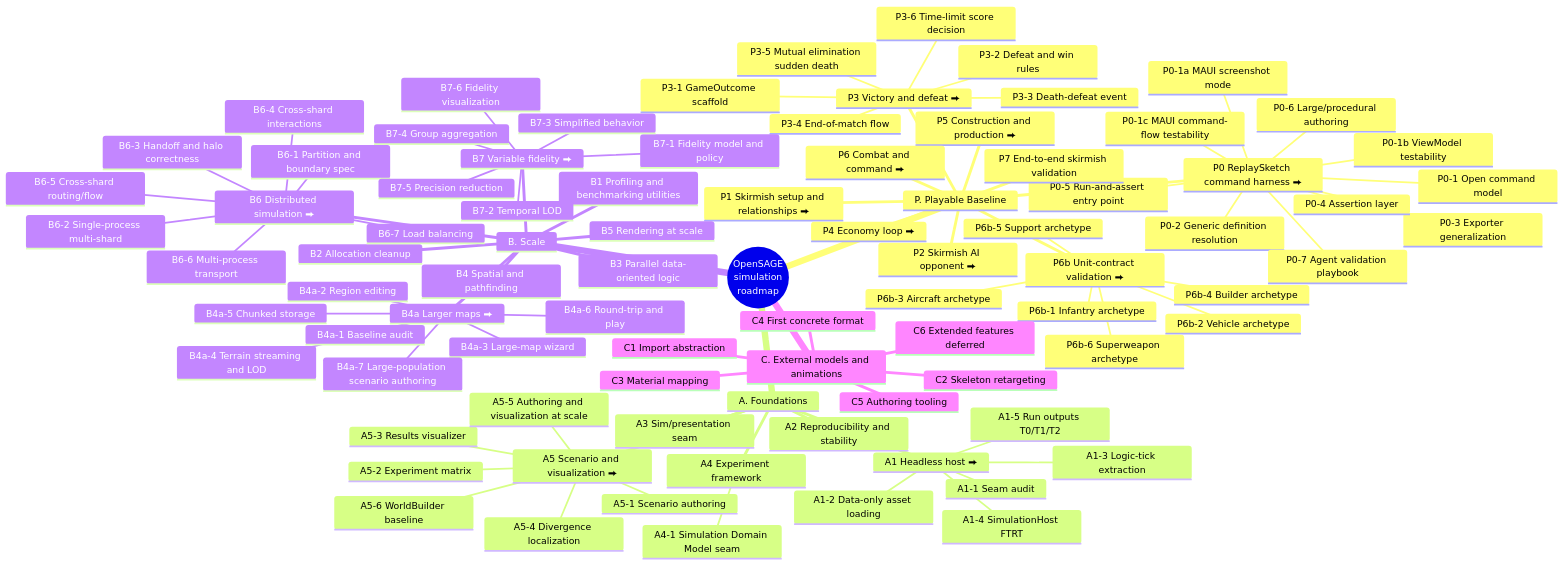
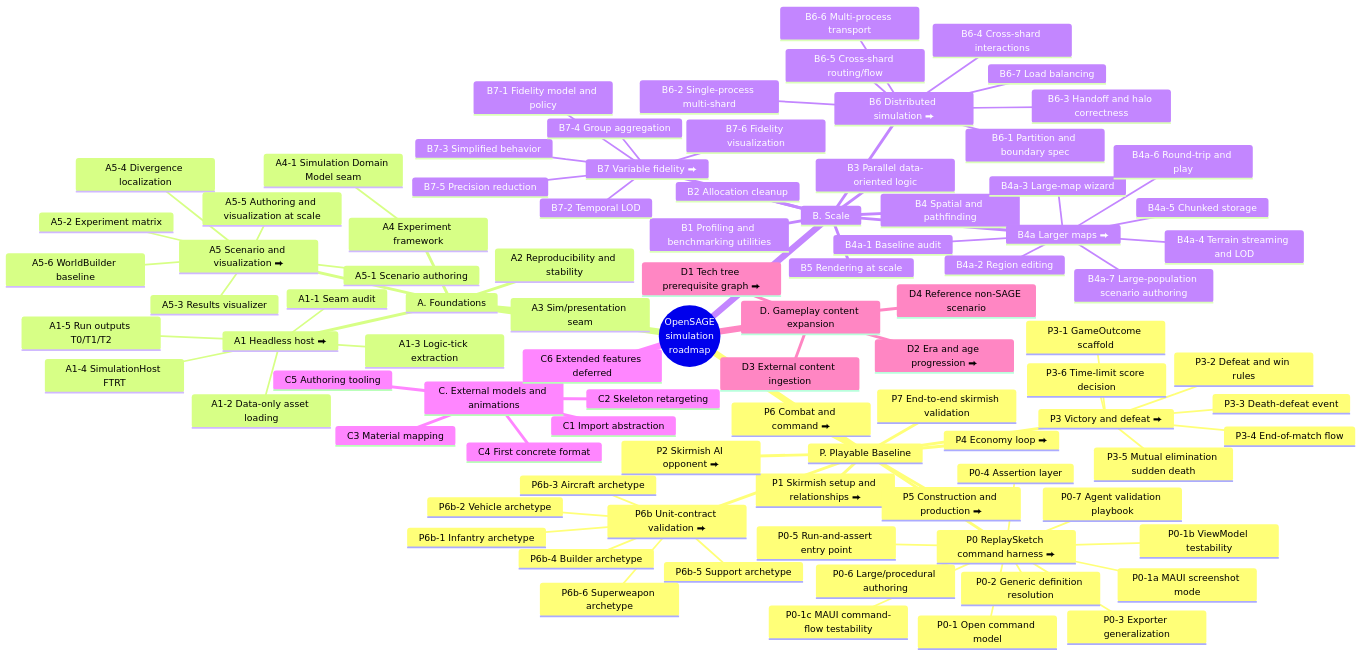
The first of 2 diagrams in docs/roadmap/roadmap-tree.md (rmessinger/Panopticon), drawn with Mermaid before and after one commit. The commit also changed other lines of this file and 6 other files, not shown here.

First line of the commit message:
Add Track D — Gameplay Content Expansion

````diff
--- a/docs/roadmap/roadmap-tree.md
+++ b/docs/roadmap/roadmap-tree.md
@@ -121,4 +122,9 @@
       C4 First concrete format
       C5 Authoring tooling
       C6 Extended features deferred
+    D. Gameplay content expansion
+      D1 Tech tree prerequisite graph ⮕
+      D2 Era and age progression ⮕
+      D3 External content ingestion
+      D4 Reference non-SAGE scenario
 ```
````
